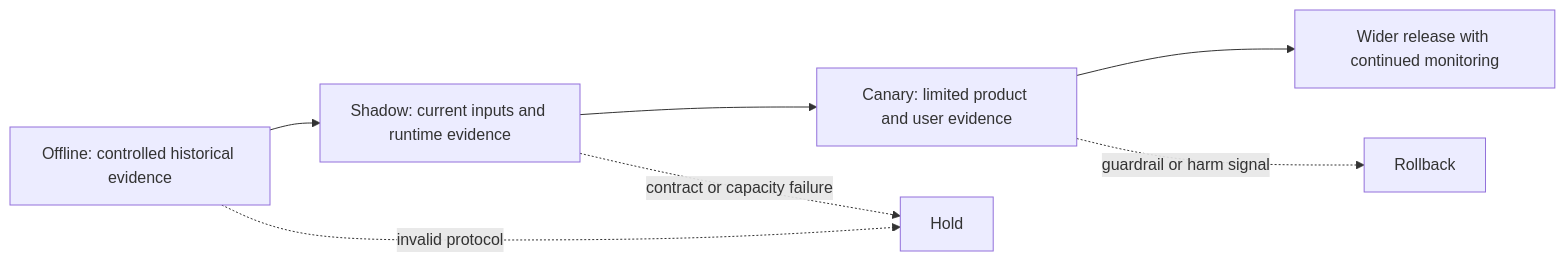
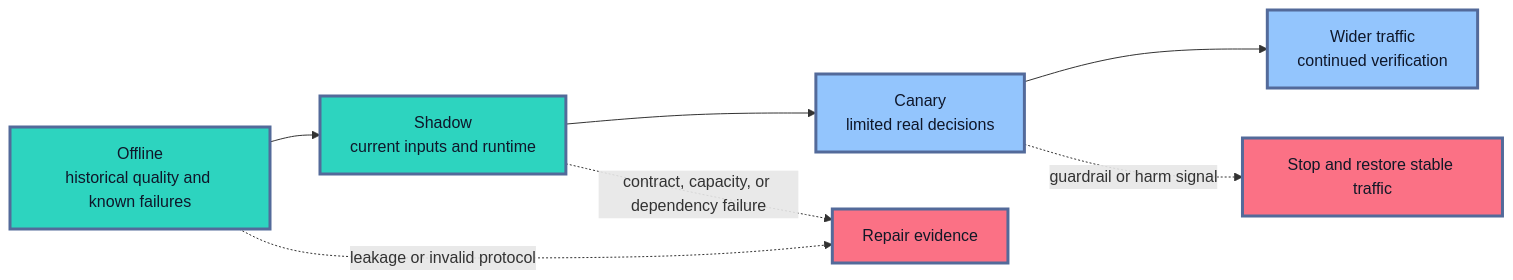
One commit to senlinyy/dev-roadmaps changed the third of 3 diagrams in roadmaps/mlops/modules/model-evaluation/release-decisions/01-candidate-vs-production-model.md. Above: the diagram before and after it, drawn with Mermaid. The commit also changed other lines of this file and 198 other files, not shown here.

````diff
--- a/roadmaps/mlops/modules/model-evaluation/release-decisions/01-candidate-vs-production-model.md
+++ b/roadmaps/mlops/modules/model-evaluation/release-decisions/01-candidate-vs-production-model.md
@@ -143,9 +284,17 @@
 ```mermaid
 flowchart LR
-    O["Offline: controlled historical evidence"] --> S["Shadow: current inputs and runtime evidence"]
-    S --> C["Canary: limited product and user evidence"]
-    C --> W["Wider release with continued monitoring"]
-    O -. "invalid protocol" .-> H["Hold"]
-    S -. "contract or capacity failure" .-> H
-    C -. "guardrail or harm signal" .-> R["Rollback"]
+    O["Offline<br/>historical quality and known failures"] --> S["Shadow<br/>current inputs and runtime"]
+    S --> C["Canary<br/>limited real decisions"]
+    C --> W["Wider traffic<br/>continued verification"]
+
+    O -. "leakage or invalid protocol" .-> H["Repair evidence"]
+    S -. "contract, capacity, or dependency failure" .-> H
+    C -. "guardrail or harm signal" .-> R["Stop and restore stable traffic"]
+
+    classDef evidence fill:#2DD4BF,stroke:#536A9A,stroke-width:3px,color:#0F172A
+    classDef live fill:#93C5FD,stroke:#536A9A,stroke-width:3px,color:#0F172A
+    classDef hold fill:#FB7185,stroke:#536A9A,stroke-width:3px,color:#111827
+    class O,S evidence
+    class C,W live
+    class H,R hold
 ```
````
